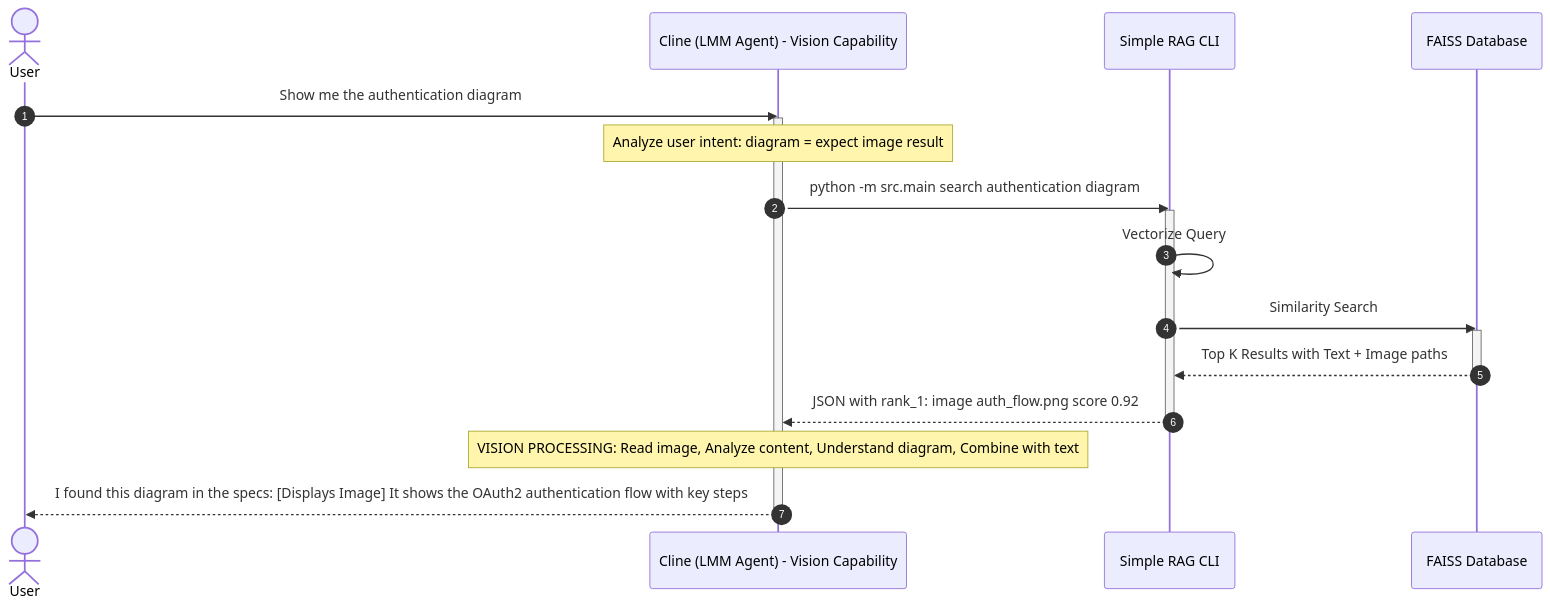
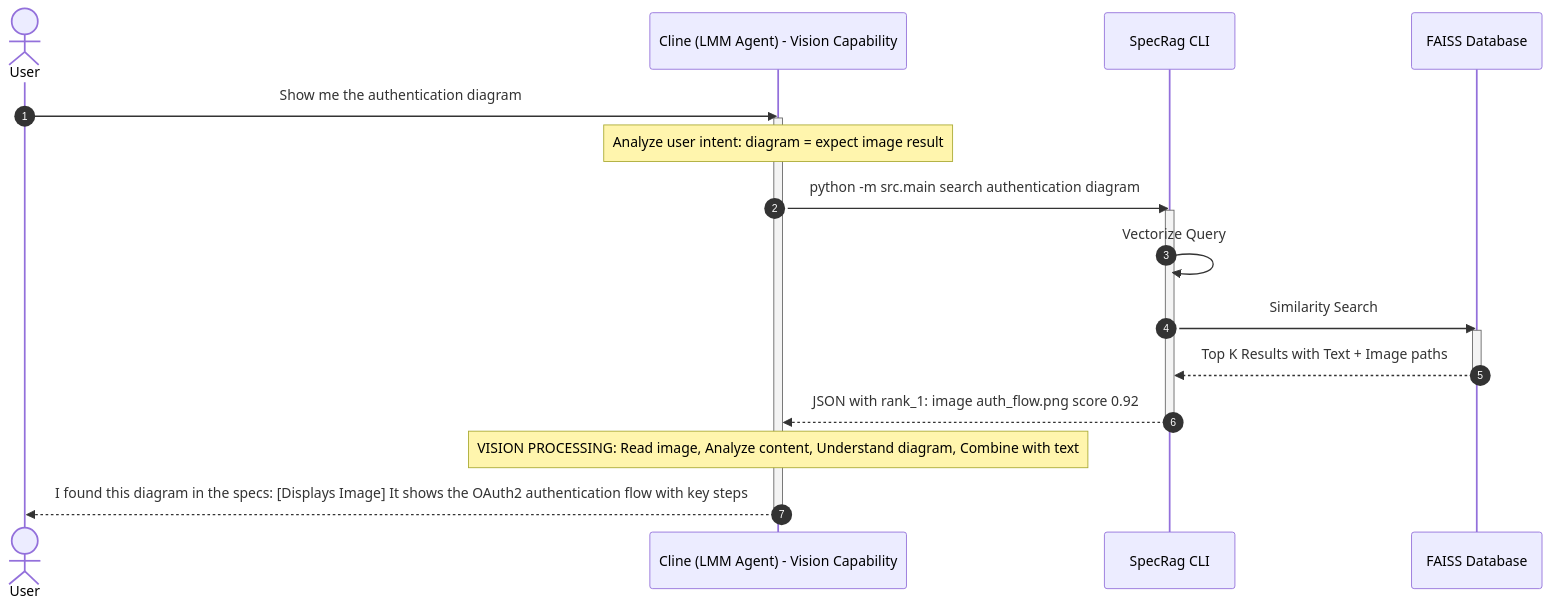
The second of 4 diagrams in report-doc/10-debuit-clineSR.md (ngcix/doc-rag), drawn with Mermaid before and after one commit. The commit also changed other lines of this file and 7 other files, not shown here.

First line of the commit message:
docs: Update report-doc with SpecRag branding and new features

````diff
--- a/report-doc/10-debuit-clineSR.md
+++ b/report-doc/10-debuit-clineSR.md
@@ -171,30 +184,30 @@
 ```mermaid
 sequenceDiagram
     autonumber
     
     actor User
     participant Cline as Cline (LMM Agent) - Vision Capability
-    participant CLI as Simple RAG CLI
+    participant CLI as SpecRag CLI
     participant DB as FAISS Database
     
     User->>Cline: Show me the authentication diagram
     activate Cline
     
     Note over Cline: Analyze user intent: diagram = expect image result
     
     Cline->>CLI: python -m src.main search authentication diagram
     activate CLI
     CLI->>CLI: Vectorize Query
     CLI->>DB: Similarity Search
     activate DB
     DB-->>CLI: Top K Results with Text + Image paths
     deactivate DB
     
     CLI-->>Cline: JSON with rank_1: image auth_flow.png score 0.92
     deactivate CLI
     
     Note over Cline: VISION PROCESSING: Read image, Analyze content, Understand diagram, Combine with text
     
     Cline-->>User: I found this diagram in the specs: [Displays Image] It shows the OAuth2 authentication flow with key steps
     deactivate Cline
 ```
````
